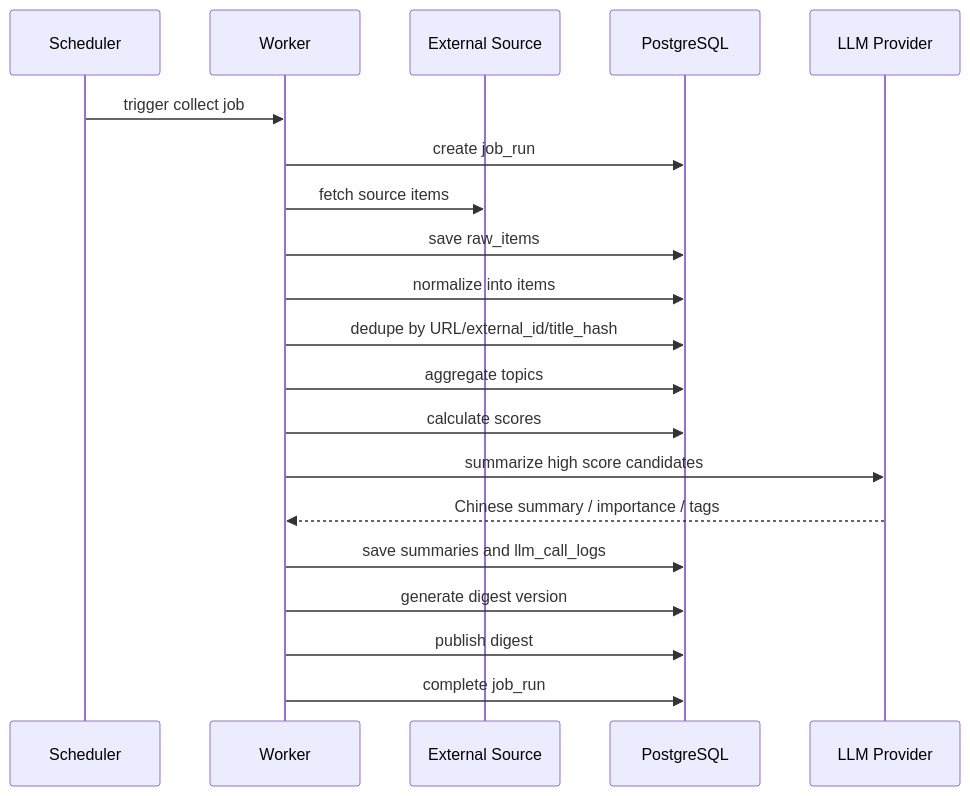
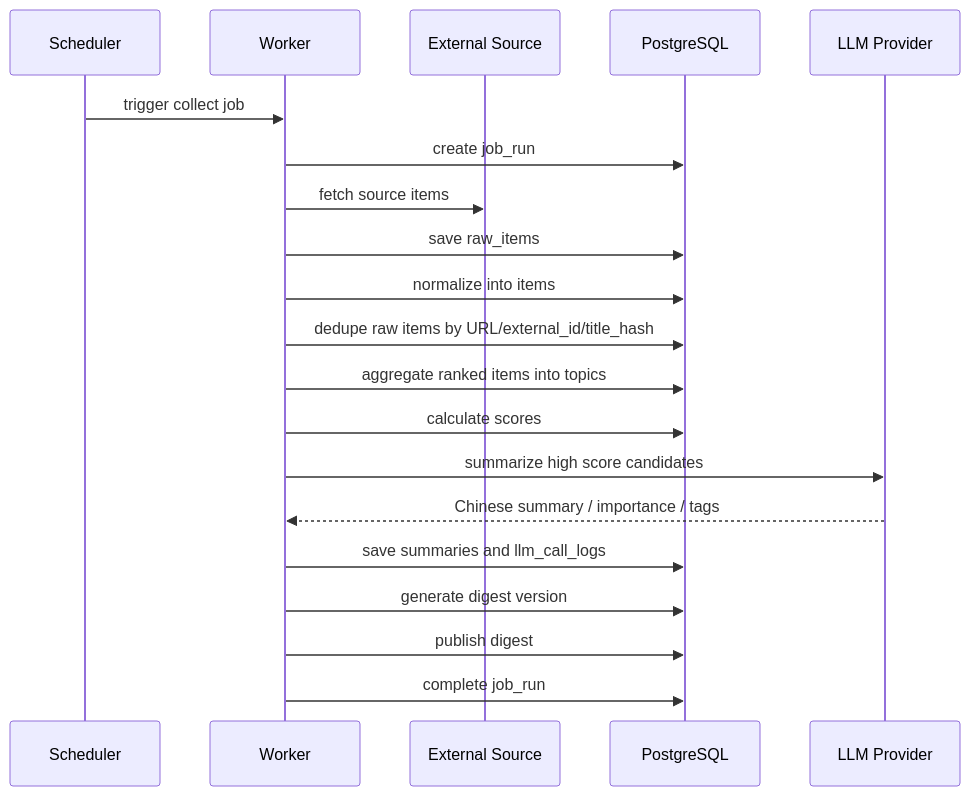
Before and after one commit to ZJM189/Daily_News: the second of 2 diagrams in docs/design/system-architecture.md, drawn with Mermaid. The commit also changed other lines of this file and 180 other files, not shown here.

````diff
--- a/docs/design/system-architecture.md
+++ b/docs/design/system-architecture.md
@@ -202,23 +199,23 @@
 ```mermaid
 sequenceDiagram
     participant S as Scheduler
     participant W as Worker
     participant X as External Source
     participant DB as PostgreSQL
     participant L as LLM Provider
 
     S->>W: trigger collect job
     W->>DB: create job_run
     W->>X: fetch source items
     W->>DB: save raw_items
     W->>DB: normalize into items
-    W->>DB: dedupe by URL/external_id/title_hash
-    W->>DB: aggregate topics
+    W->>DB: dedupe raw items by URL/external_id/title_hash
+    W->>DB: aggregate ranked items into topics
     W->>DB: calculate scores
     W->>L: summarize high score candidates
     L-->>W: Chinese summary / importance / tags
     W->>DB: save summaries and llm_call_logs
     W->>DB: generate digest version
     W->>DB: publish digest
     W->>DB: complete job_run
 ```
````
